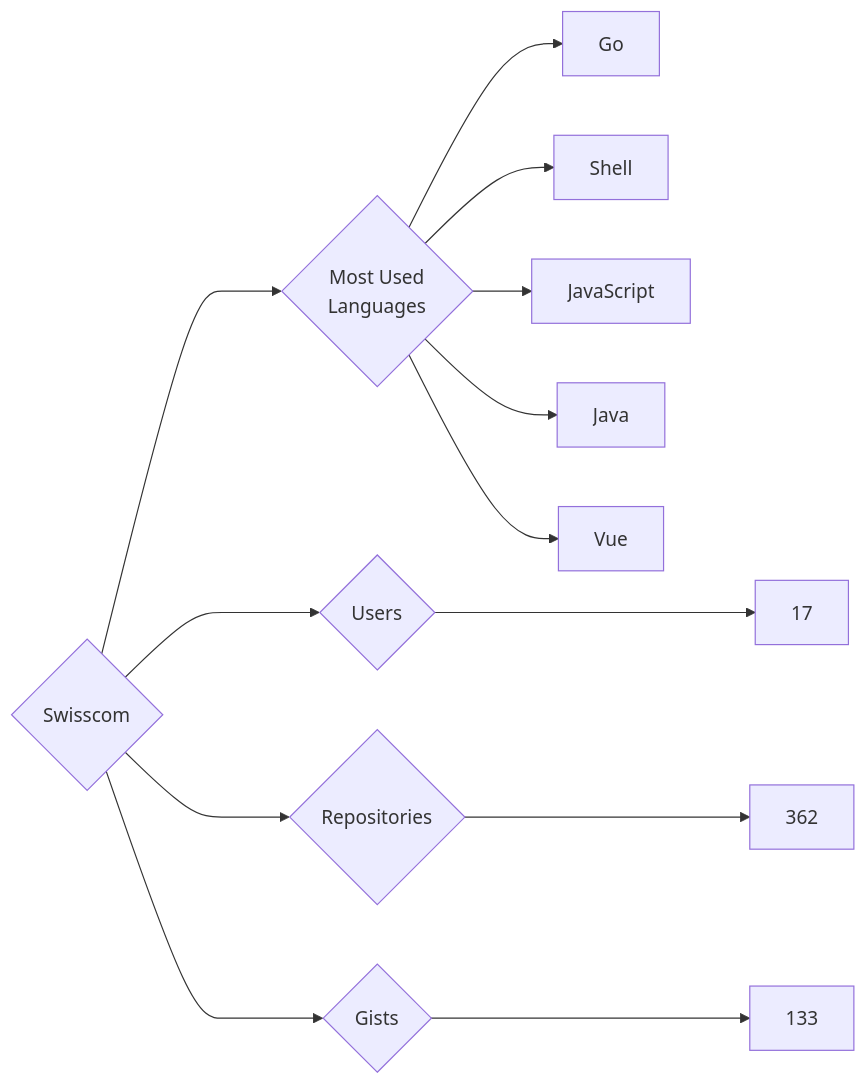
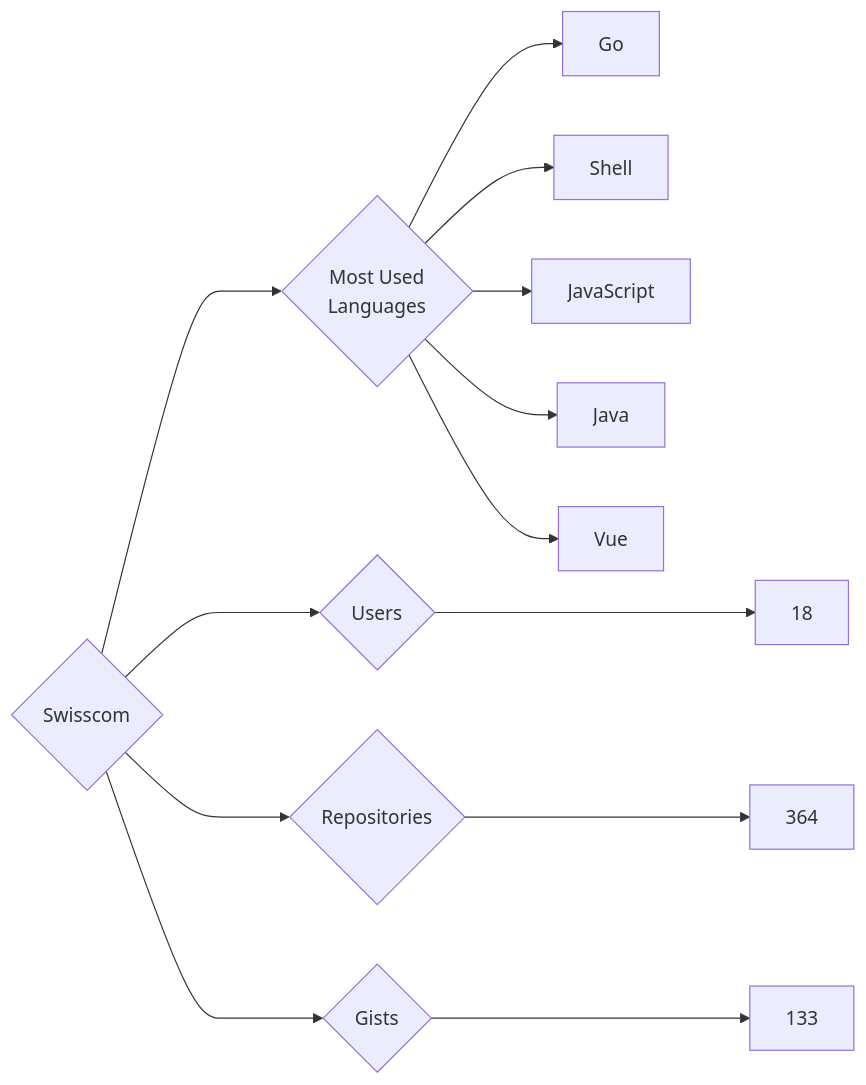
One commit to trickest/insiders changed the diagram in targets/Swisscom/README.md. Above: the diagram before and after it, drawn with Mermaid. The commit also changed 444 other files, not shown here.

````diff
--- a/targets/Swisscom/README.md
+++ b/targets/Swisscom/README.md
@@ -3,13 +3,13 @@
 ```mermaid
 graph LR
 COMPANY_NAME{Swisscom}
-COMPANY_NAME ---> U{Users} ---> UN[17]
-COMPANY_NAME ---> R{Repositories} ---> RN[362]
+COMPANY_NAME ---> U{Users} ---> UN[18]
+COMPANY_NAME ---> R{Repositories} ---> RN[364]
 COMPANY_NAME ---> G{Gists} ---> GN[133]
 COMPANY_NAME ---> ML{Most Used<br>Languages}
 ML --> Go[Go]
 ML --> Shell[Shell]
 ML --> JavaScript[JavaScript]
 ML --> Java[Java]
 ML --> Vue[Vue]
 ```
````
